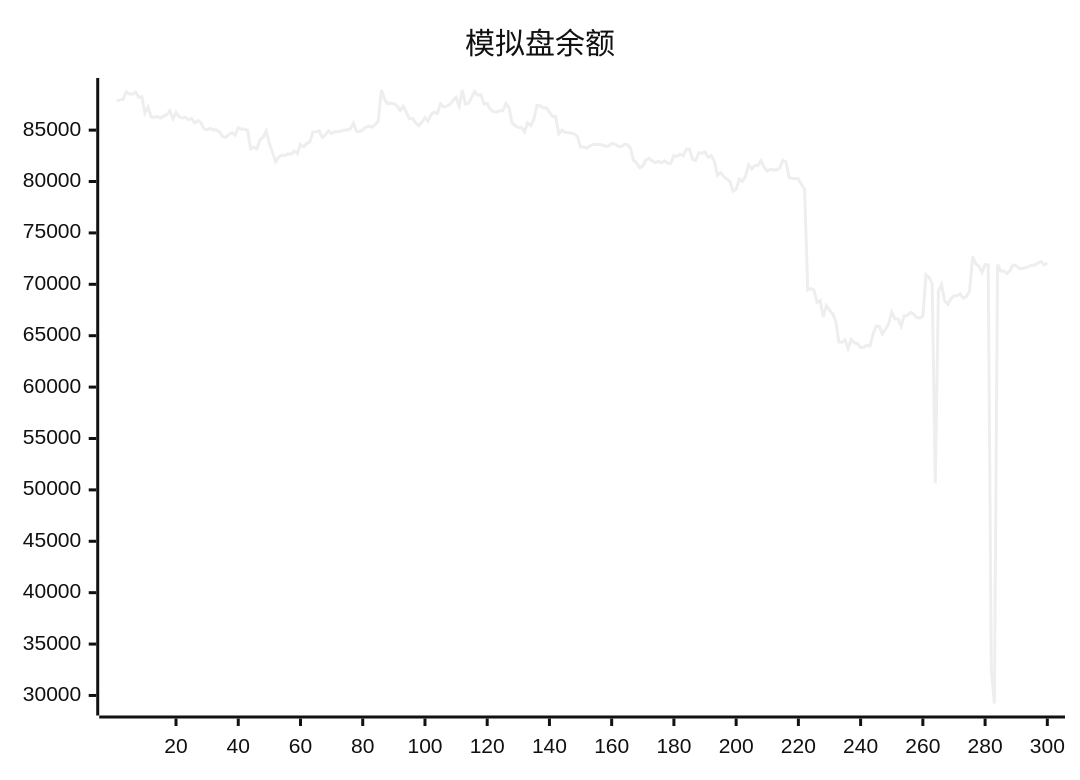
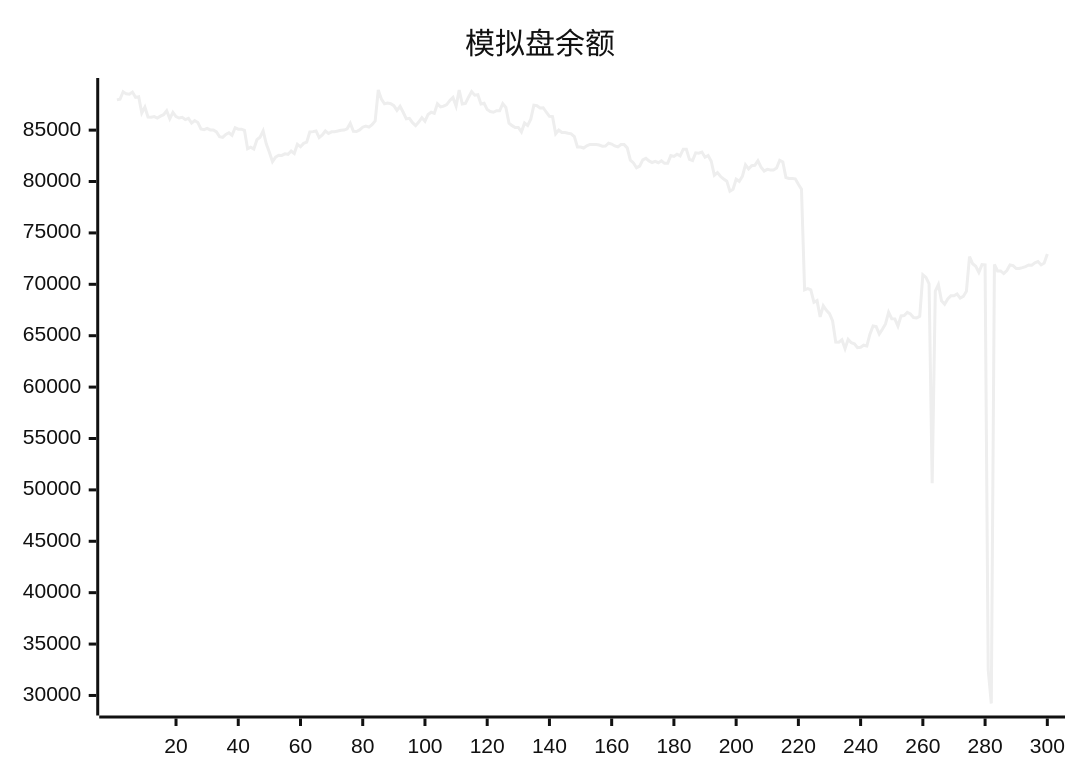
Before and after one commit to aahl/ai-trading: the diagram in README.md, drawn with Mermaid (neutral theme). The commit also changed other lines of this file and 1 other file, not shown here.

````diff
--- a/README.md
+++ b/README.md
@@ -5,5 +5,5 @@
 ```mermaid
 xychart
     title "模拟盘余额"
-    line [87811,87945,88007,88734,88528,88495,88705,88189,88248,86662,87234,86279,86251,86314,86177,86364,86503,86886,86114,86731,86310,86176,86240,86017,86136,85685,85938,85749,85111,85044,85164,85016,85008,84824,84354,84287,84572,84745,84500,85234,85096,85095,84970,83180,83338,83157,84070,84309,84922,83667,82850,81924,82369,82552,82539,82695,82648,82962,82728,83619,83378,83710,83825,84819,84854,84917,84265,84527,84919,84668,84834,84850,84916,84981,85004,85131,85674,84891,84864,85019,85284,85393,85294,85538,85894,88904,88012,87567,87625,87568,87386,86920,87313,86737,86094,86143,85725,85437,85787,86219,85859,86526,86740,86630,87563,87264,87335,87483,87886,88180,87335,88894,87544,87608,88207,88755,88401,88444,87543,87608,87000,86810,86740,86894,86884,87576,87209,85686,85435,85251,85255,84820,85689,85453,86066,87420,87373,87161,87178,86740,86341,86315,84643,85012,84772,84768,84690,84635,84376,83360,83357,83259,83474,83608,83606,83602,83548,83440,83454,83724,83644,83464,83365,83590,83592,83275,82072,81806,81344,81492,82109,82254,82006,81848,81955,81829,82022,81769,81776,82522,82441,82656,82498,83144,83144,82150,82038,82797,82763,82872,82367,82536,81981,80612,80862,80484,80242,80034,79063,79245,80226,80016,80507,81625,81233,81544,81578,82016,81401,81019,81186,81130,81118,81306,82066,81909,80392,80304,80291,80258,79729,79261,69466,69579,69456,68251,68415,66832,67911,67462,67144,66432,64380,64375,64606,63740,64647,64324,64216,63842,63877,64078,64008,65156,65945,65888,65157,65625,66144,67284,66653,66639,65924,66925,66956,67263,67108,66766,66729,66886,70927,70673,70049,50652,69334,69973,68400,68061,68578,68876,68879,69055,68662,68822,69329,72687,71999,71760,71162,71911,71896,32500,29218,71927,71297,71305,71044,71337,71883,71822,71536,71536,71622,71723,71880,71860,72100,72216,71887,72077]
+    line [87945,88007,88734,88528,88495,88705,88189,88248,86662,87234,86279,86251,86314,86177,86364,86503,86886,86114,86731,86310,86176,86240,86017,86136,85685,85938,85749,85111,85044,85164,85016,85008,84824,84354,84287,84572,84745,84500,85234,85096,85095,84970,83180,83338,83157,84070,84309,84922,83667,82850,81924,82369,82552,82539,82695,82648,82962,82728,83619,83378,83710,83825,84819,84854,84917,84265,84527,84919,84668,84834,84850,84916,84981,85004,85131,85674,84891,84864,85019,85284,85393,85294,85538,85894,88904,88012,87567,87625,87568,87386,86920,87313,86737,86094,86143,85725,85437,85787,86219,85859,86526,86740,86630,87563,87264,87335,87483,87886,88180,87335,88894,87544,87608,88207,88755,88401,88444,87543,87608,87000,86810,86740,86894,86884,87576,87209,85686,85435,85251,85255,84820,85689,85453,86066,87420,87373,87161,87178,86740,86341,86315,84643,85012,84772,84768,84690,84635,84376,83360,83357,83259,83474,83608,83606,83602,83548,83440,83454,83724,83644,83464,83365,83590,83592,83275,82072,81806,81344,81492,82109,82254,82006,81848,81955,81829,82022,81769,81776,82522,82441,82656,82498,83144,83144,82150,82038,82797,82763,82872,82367,82536,81981,80612,80862,80484,80242,80034,79063,79245,80226,80016,80507,81625,81233,81544,81578,82016,81401,81019,81186,81130,81118,81306,82066,81909,80392,80304,80291,80258,79729,79261,69466,69579,69456,68251,68415,66832,67911,67462,67144,66432,64380,64375,64606,63740,64647,64324,64216,63842,63877,64078,64008,65156,65945,65888,65157,65625,66144,67284,66653,66639,65924,66925,66956,67263,67108,66766,66729,66886,70927,70673,70049,50652,69334,69973,68400,68061,68578,68876,68879,69055,68662,68822,69329,72687,71999,71760,71162,71911,71896,32500,29218,71927,71297,71305,71044,71337,71883,71822,71536,71536,71622,71723,71880,71860,72100,72216,71887,72077,72940]
 ```
````
